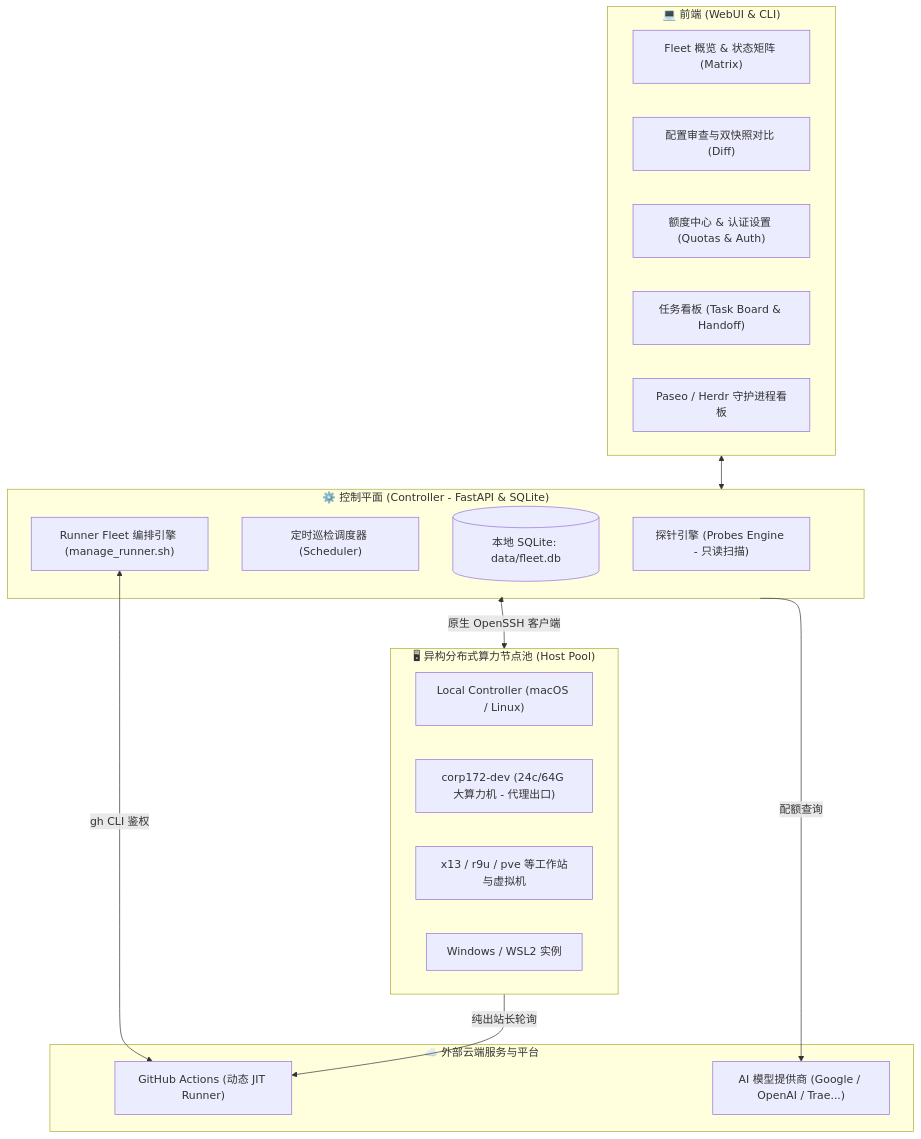
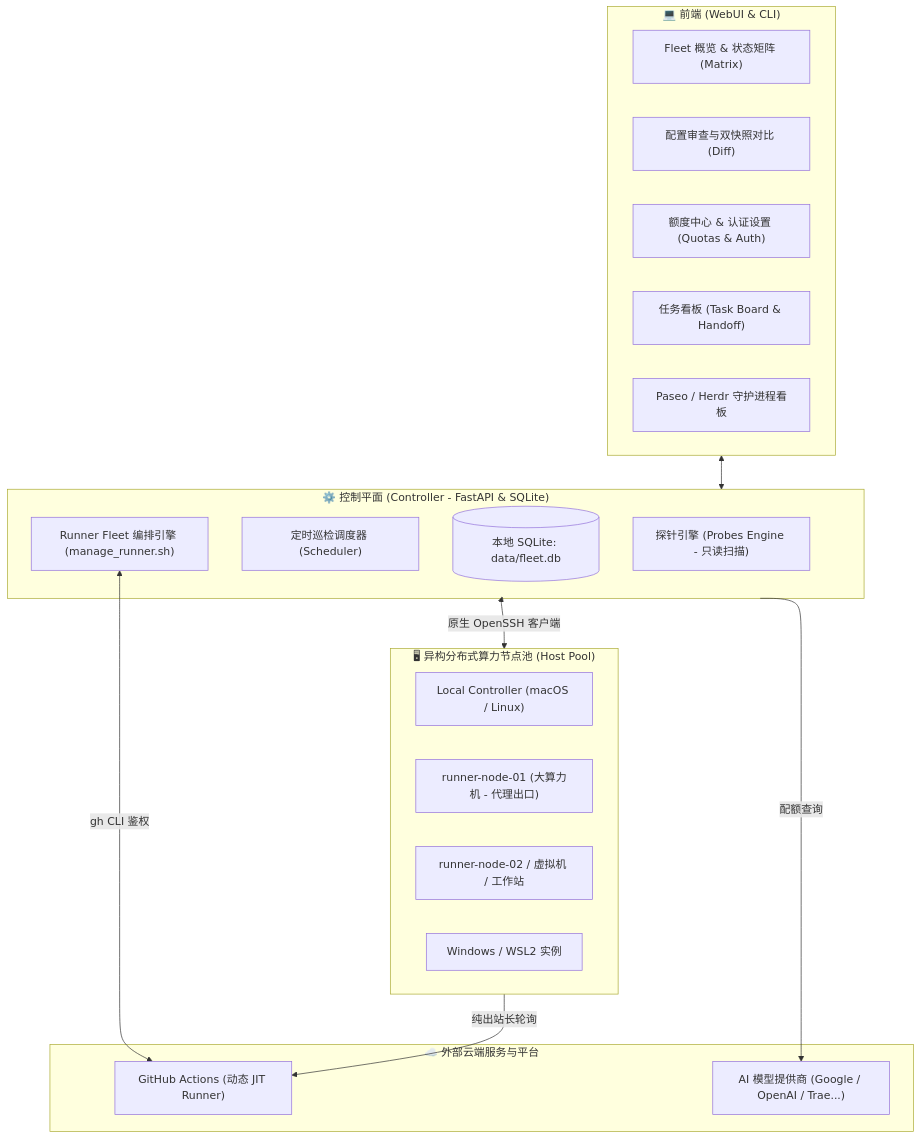
One commit to coolxll/agent-fleet-webui changed the diagram in README_ZH.md. Above: the diagram before and after it, drawn with Mermaid. The commit also changed other lines of this file and 19 other files, not shown here.

````diff
--- a/README_ZH.md
+++ b/README_ZH.md
@@ -40,35 +40,35 @@
 ```mermaid
 flowchart TD
     subgraph UI ["💻 前端 (WebUI & CLI)"]
         Dashboard["Fleet 概览 & 状态矩阵 (Matrix)"]
         Inspector["配置审查与双快照对比 (Diff)"]
         QuotaCenter["额度中心 & 认证设置 (Quotas & Auth)"]
         TaskBoard["任务看板 (Task Board & Handoff)"]
         DaemonView["Paseo / Herdr 守护进程看板"]
     end
 
     subgraph Controller ["⚙️ 控制平面 (Controller - FastAPI & SQLite)"]
         Engine["探针引擎 (Probes Engine - 只读扫描)"]
         Sched["定时巡检调度器 (Scheduler)"]
         Store[("本地 SQLite: data/fleet.db")]
         RunnerMgr["Runner Fleet 编排引擎 (manage_runner.sh)"]
     end
 
     subgraph NodePool ["🖥 异构分布式算力节点池 (Host Pool)"]
         Local["Local Controller (macOS / Linux)"]
-        Corp["corp172-dev (24c/64G 大算力机 - 代理出口)"]
-        Workstation["x13 / r9u / pve 等工作站与虚拟机"]
+        Corp["runner-node-01 (大算力机 - 代理出口)"]
+        Workstation["runner-node-02 / 虚拟机 / 工作站"]
         WSLNode["Windows / WSL2 实例"]
     end
 
     subgraph CloudEcosystem ["☁️ 外部云端服务与平台"]
         GitHubActions["GitHub Actions (动态 JIT Runner)"]
         Vendors["AI 模型提供商 (Google / OpenAI / Trae...)"]
     end
 
     UI <--> Controller
     Controller <-->|原生 OpenSSH 客户端| NodePool
     RunnerMgr <-->|gh CLI 鉴权| GitHubActions
     NodePool -->|纯出站长轮询| GitHubActions
     Controller -->|配额查询| Vendors
 ```
````
